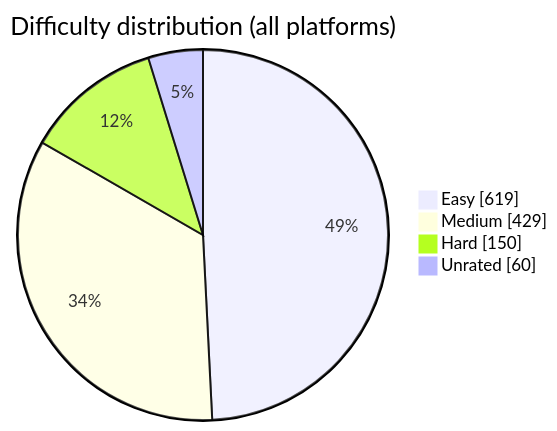
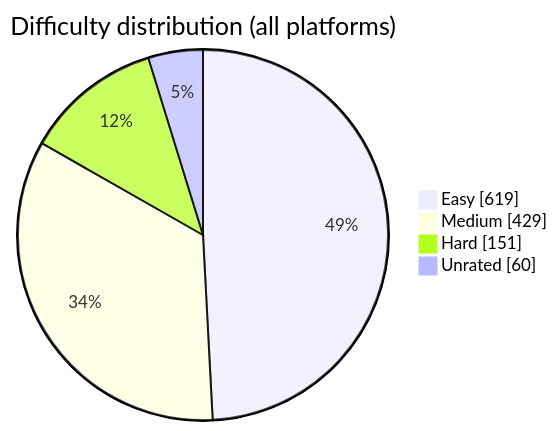
One commit to BuildbyArindam/Daily-Coding-Log changed the diagram in README.md. Above: the diagram before and after it, drawn with Mermaid. The commit also changed other lines of this file, not shown here.

````diff
--- a/README.md
+++ b/README.md
@@ -93,7 +93,7 @@
 ```mermaid
 pie showData title Difficulty distribution (all platforms)
     "Easy" : 619
     "Medium" : 429
-    "Hard" : 150
+    "Hard" : 151
     "Unrated" : 60
 ```
````
